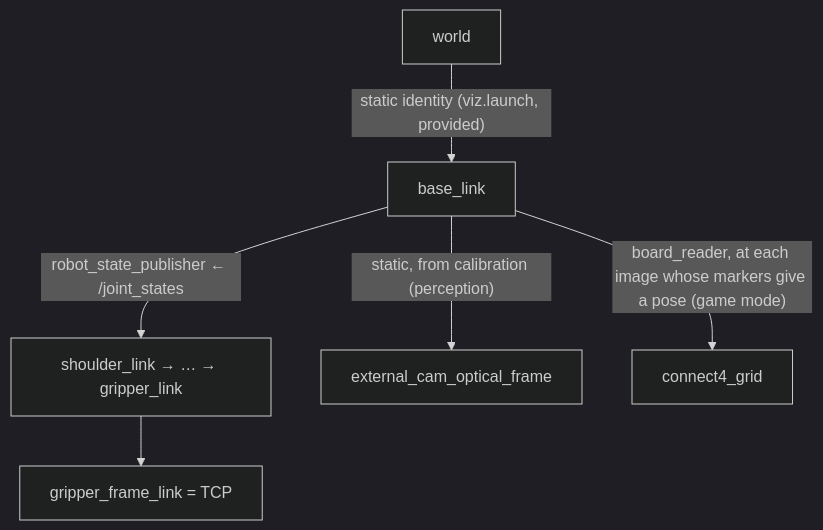
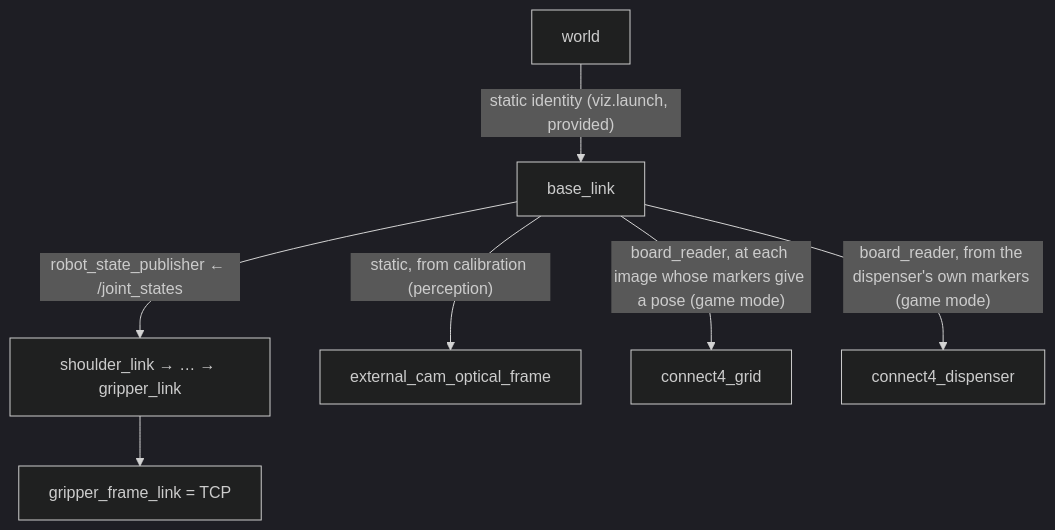
Before and after one commit to FoxaxeWasTaken/Robotics: the second of 3 diagrams in docs/project/01_architecture.md, drawn with Mermaid (dark theme). The commit also changed other lines of this file and 39 other files, not shown here.

Commit message:
feat(connect4): a token dispenser in the scene, placed and read by the camera (#261)

````diff
--- a/docs/project/01_architecture.md
+++ b/docs/project/01_architecture.md
@@ -160,8 +162,9 @@
 ```mermaid
 flowchart TD
   W["world"] -->|"static identity (viz.launch, provided)"| B["base_link"]
   B -->|"robot_state_publisher ← /joint_states"| S["shoulder_link → … → gripper_link"]
   S --> T["gripper_frame_link = TCP"]
   B -->|"static, from calibration (perception)"| C["external_cam_optical_frame"]
   B -->|"board_reader, at each image whose markers give a pose (game mode)"| G["connect4_grid"]
+  B -->|"board_reader, from the dispenser's own markers (game mode)"| DSP["connect4_dispenser"]
 ```
````
